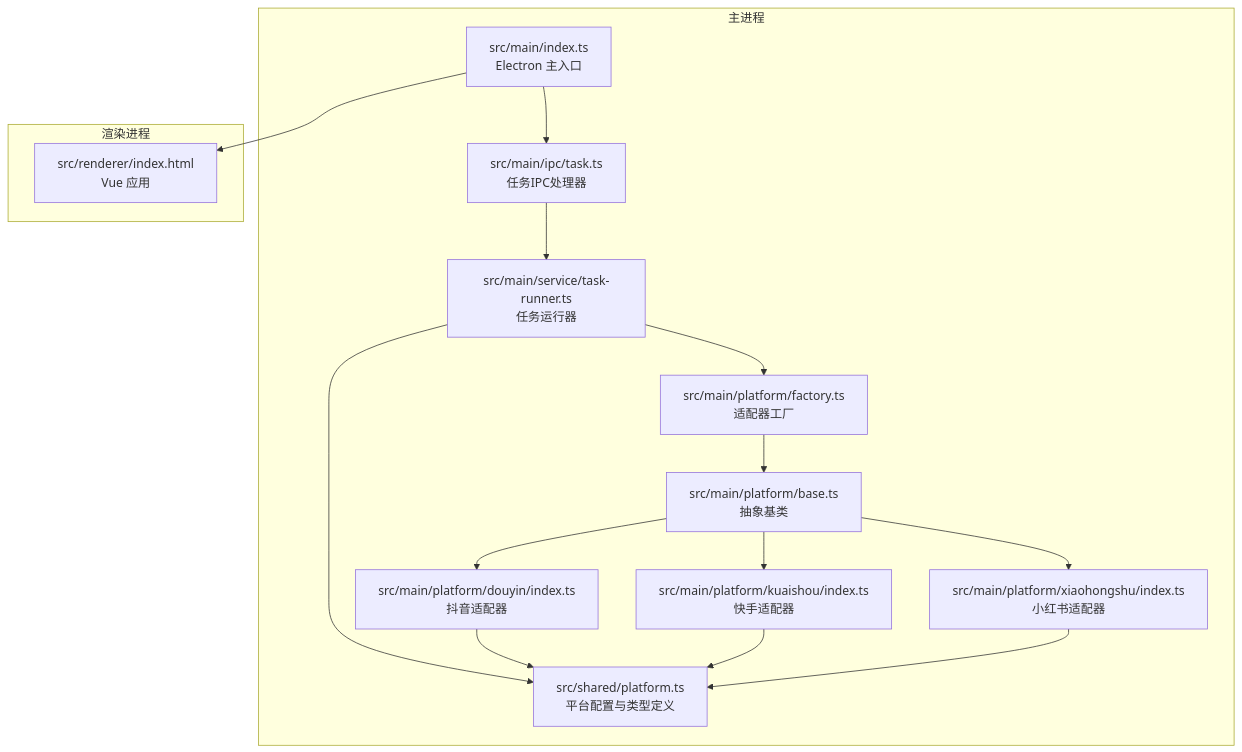
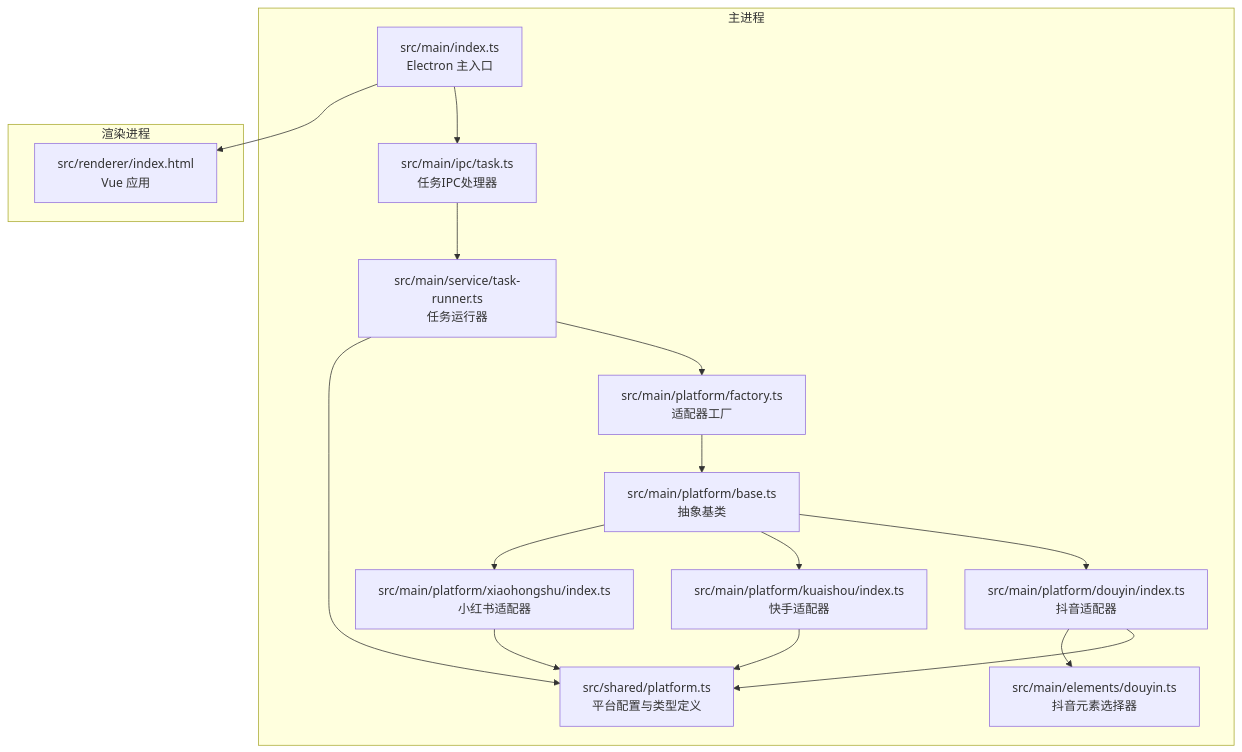
Before and after one commit to hipig/autoOps: the first of 7 diagrams in .qoder/repowiki/zh/content/核心模块/平台适配器系统/平台适配器系统.md, drawn with Mermaid. The commit also changed other lines of this file and 37 other files, not shown here.

````diff
--- a/.qoder/repowiki/zh/content/核心模块/平台适配器系统/平台适配器系统.md
+++ b/.qoder/repowiki/zh/content/核心模块/平台适配器系统/平台适配器系统.md
@@ -42,29 +51,31 @@
 ```mermaid
 graph TB
 subgraph "主进程"
 Index["src/main/index.ts<br/>Electron 主入口"]
 IPC["src/main/ipc/task.ts<br/>任务IPC处理器"]
 Runner["src/main/service/task-runner.ts<br/>任务运行器"]
 Factory["src/main/platform/factory.ts<br/>适配器工厂"]
 Base["src/main/platform/base.ts<br/>抽象基类"]
 DY["src/main/platform/douyin/index.ts<br/>抖音适配器"]
 KS["src/main/platform/kuaishou/index.ts<br/>快手适配器"]
 XHS["src/main/platform/xiaohongshu/index.ts<br/>小红书适配器"]
 Shared["src/shared/platform.ts<br/>平台配置与类型定义"]
+Elements["src/main/elements/douyin.ts<br/>抖音元素选择器"]
 end
 subgraph "渲染进程"
 Renderer["src/renderer/index.html<br/>Vue 应用"]
 end
 Index --> IPC
 IPC --> Runner
 Runner --> Factory
 Factory --> Base
 Base --> DY
 Base --> KS
 Base --> XHS
 Runner --> Shared
 DY --> Shared
 KS --> Shared
 XHS --> Shared
+DY --> Elements
 Index --> Renderer
 ```
````
